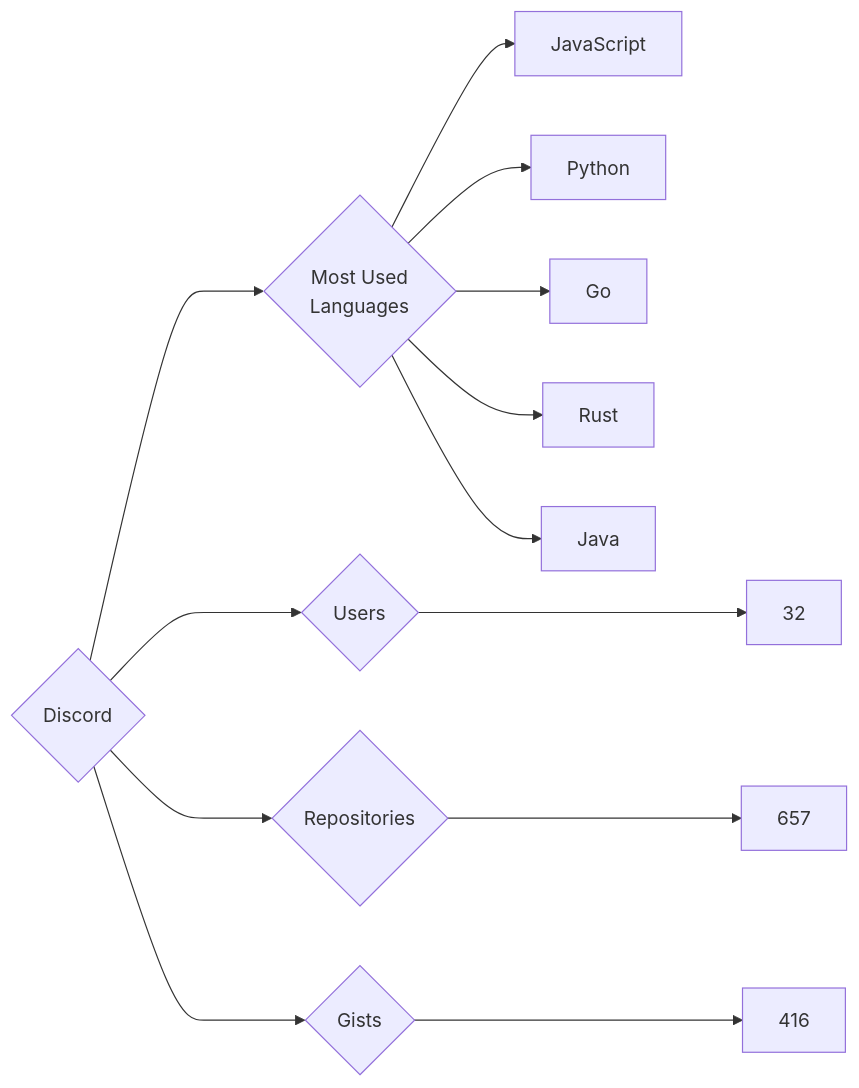
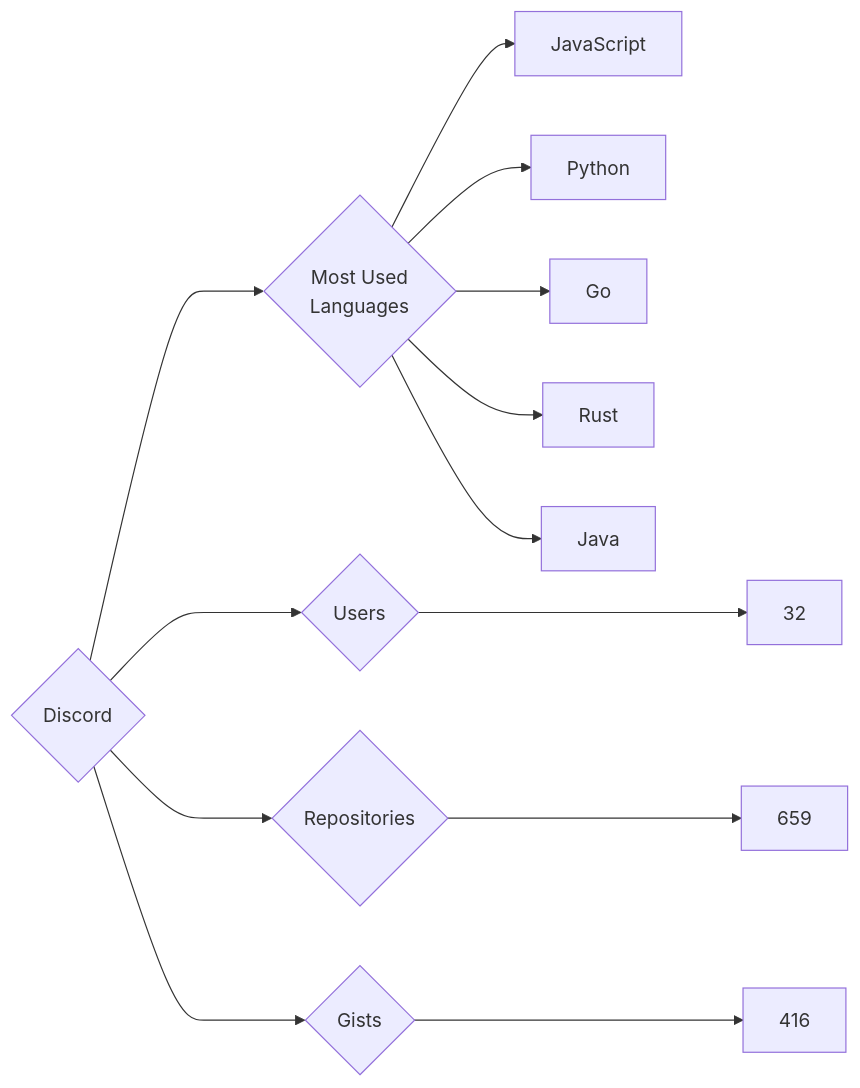
The diagram in targets/Discord/README.md (trickest/insiders), drawn with Mermaid before and after one commit. The commit also changed 657 other files, not shown here.

````diff
--- a/targets/Discord/README.md
+++ b/targets/Discord/README.md
@@ -3,13 +3,13 @@
 ```mermaid
 graph LR
 COMPANY_NAME{Discord}
 COMPANY_NAME ---> U{Users} ---> UN[32]
-COMPANY_NAME ---> R{Repositories} ---> RN[657]
+COMPANY_NAME ---> R{Repositories} ---> RN[659]
 COMPANY_NAME ---> G{Gists} ---> GN[416]
 COMPANY_NAME ---> ML{Most Used<br>Languages}
 ML --> JavaScript[JavaScript]
 ML --> Python[Python]
 ML --> Go[Go]
 ML --> Rust[Rust]
 ML --> Java[Java]
 ```
````
